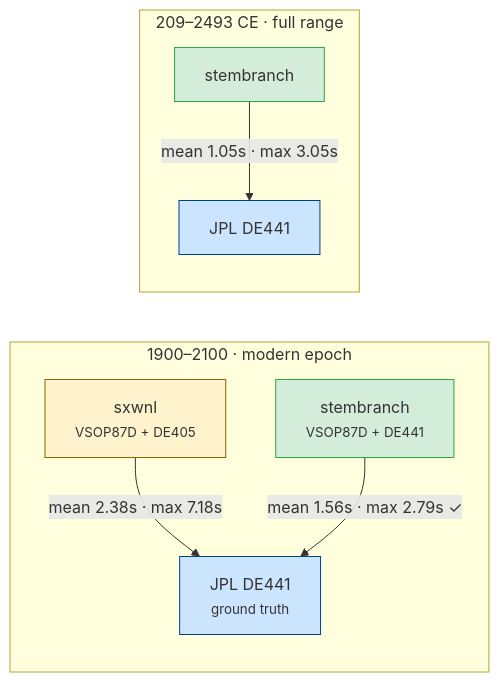
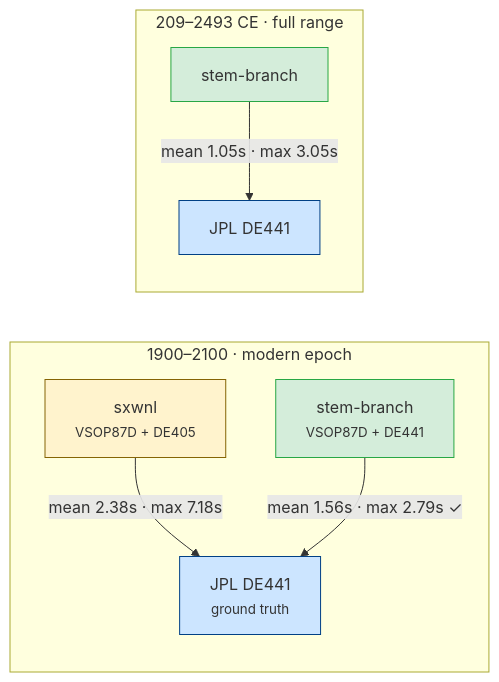
Before and after one commit to h4x0r/stembranch: the fourth of 4 diagrams in docs/accuracy.md, drawn with Mermaid. The commit also changed other lines of this file and 13 other files, not shown here.

First line of the commit message:
chore: rename package to stem-branch

````diff
--- a/docs/accuracy.md
+++ b/docs/accuracy.md
@@ -284,21 +284,21 @@
 ```mermaid
 graph LR
     subgraph modern["1900–2100 · modern epoch"]
         SX["sxwnl<br/><small>VSOP87D + DE405</small>"]
-        SB1["stembranch<br/><small>VSOP87D + DE441</small>"]
+        SB1["stem-branch<br/><small>VSOP87D + DE441</small>"]
         JPL1["JPL DE441<br/><small>ground truth</small>"]
         SX -- "mean 2.38s · max 7.18s" --> JPL1
         SB1 -- "mean 1.56s · max 2.79s ✓" --> JPL1
     end
     subgraph full["209–2493 CE · full range"]
-        SB2["stembranch"]
+        SB2["stem-branch"]
         JPL2["JPL DE441"]
         SB2 -- "mean 1.05s · max 3.05s" --> JPL2
     end
 
     style SB1 fill:#d4edda,stroke:#28a745
     style SB2 fill:#d4edda,stroke:#28a745
     style JPL1 fill:#cce5ff,stroke:#004085
     style JPL2 fill:#cce5ff,stroke:#004085
     style SX fill:#fff3cd,stroke:#856404
 ```
````
